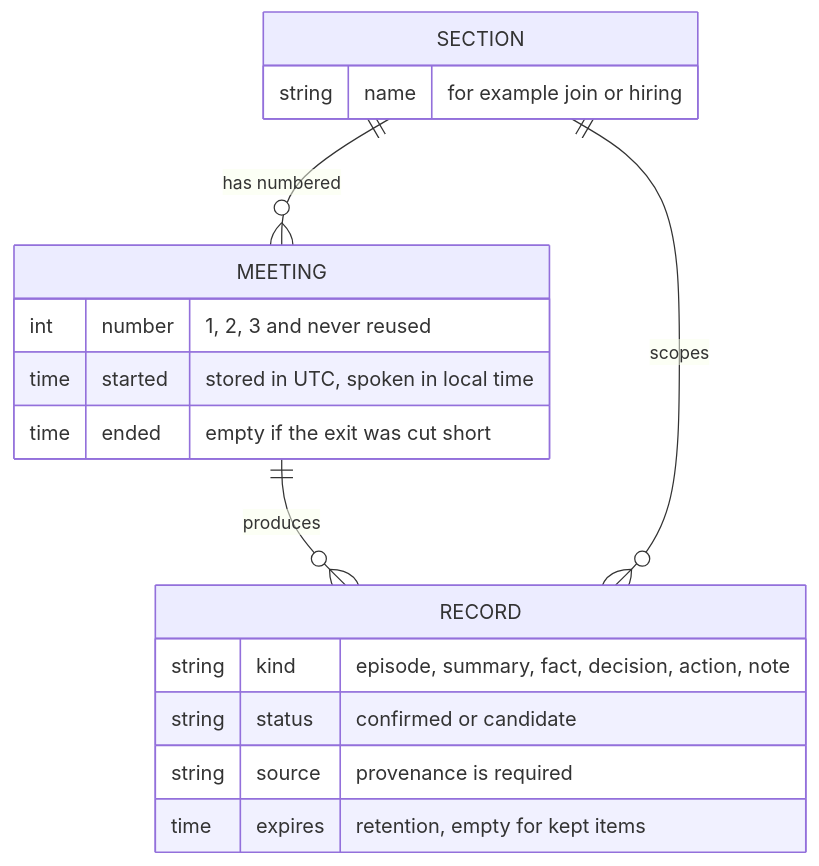
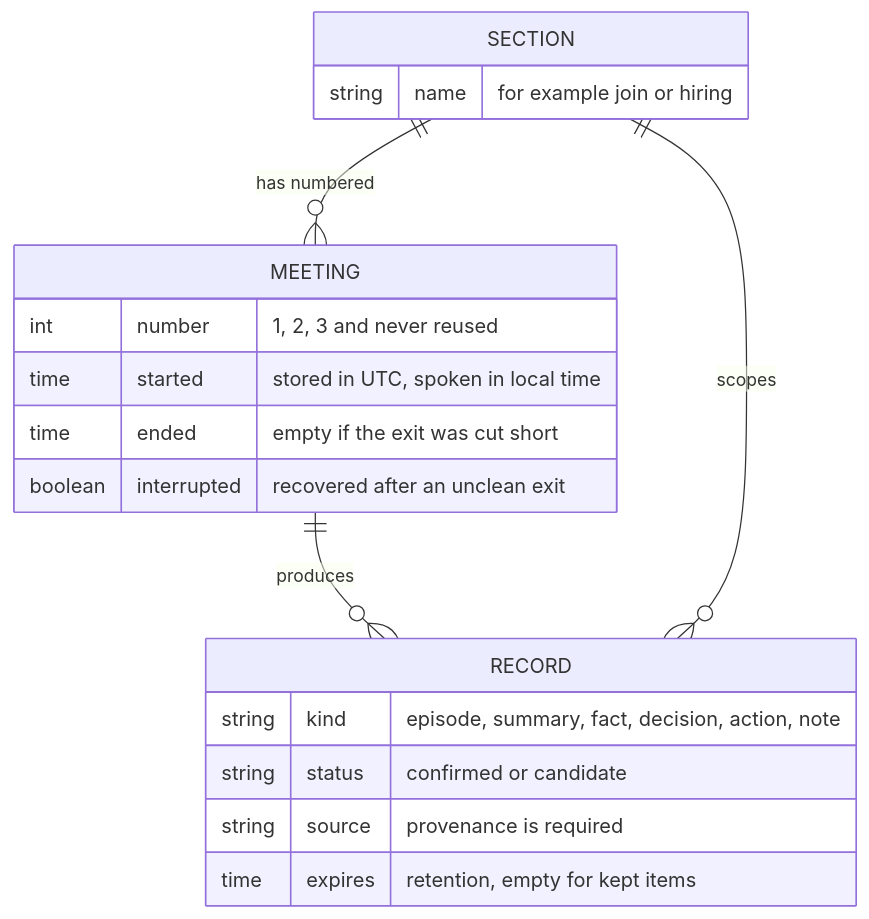
The fourth of 6 diagrams in README.md (CalebPiusC/Tara), drawn with Mermaid before and after one commit. The commit also changed other lines of this file and 18 other files, not shown here.

````diff
--- a/README.md
+++ b/README.md
@@ -167,20 +177,21 @@
 ```mermaid
 erDiagram
   SECTION ||--o{ MEETING : "has numbered"
   MEETING ||--o{ RECORD : "produces"
   SECTION ||--o{ RECORD : "scopes"
   SECTION {
     string name "for example join or hiring"
   }
   MEETING {
     int number "1, 2, 3 and never reused"
     time started "stored in UTC, spoken in local time"
     time ended "empty if the exit was cut short"
+    boolean interrupted "recovered after an unclean exit"
   }
   RECORD {
     string kind "episode, summary, fact, decision, action, note"
     string status "confirmed or candidate"
     string source "provenance is required"
     time expires "retention, empty for kept items"
   }
 ```
````
